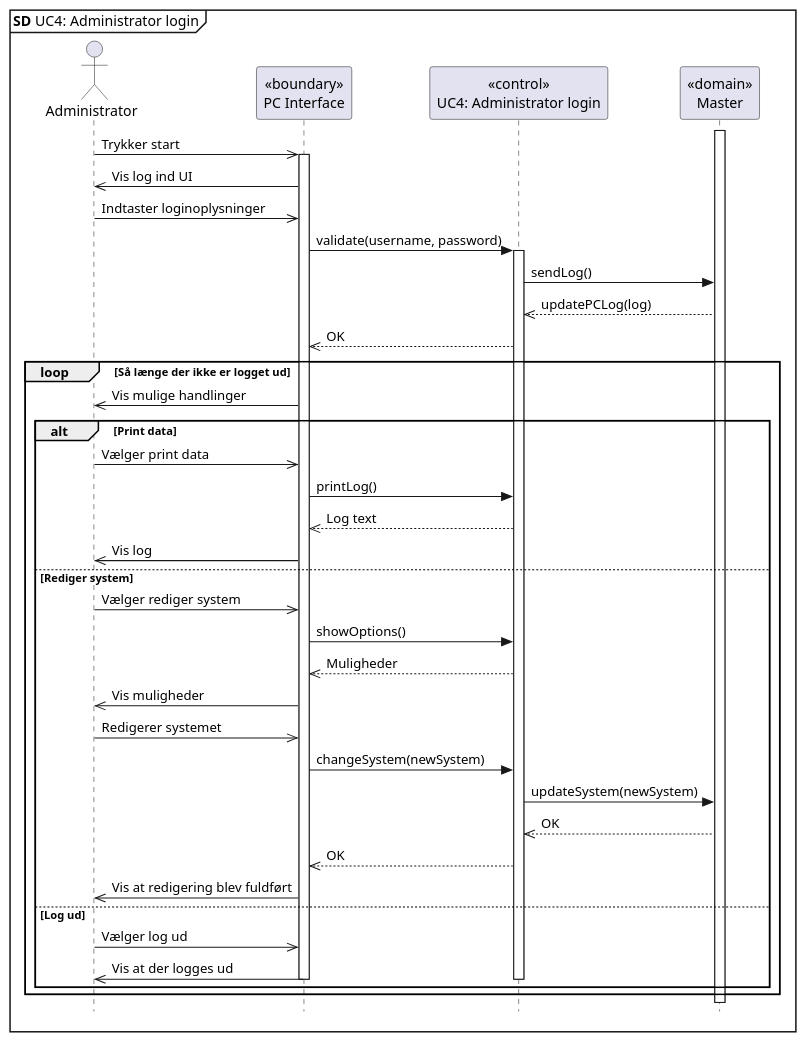
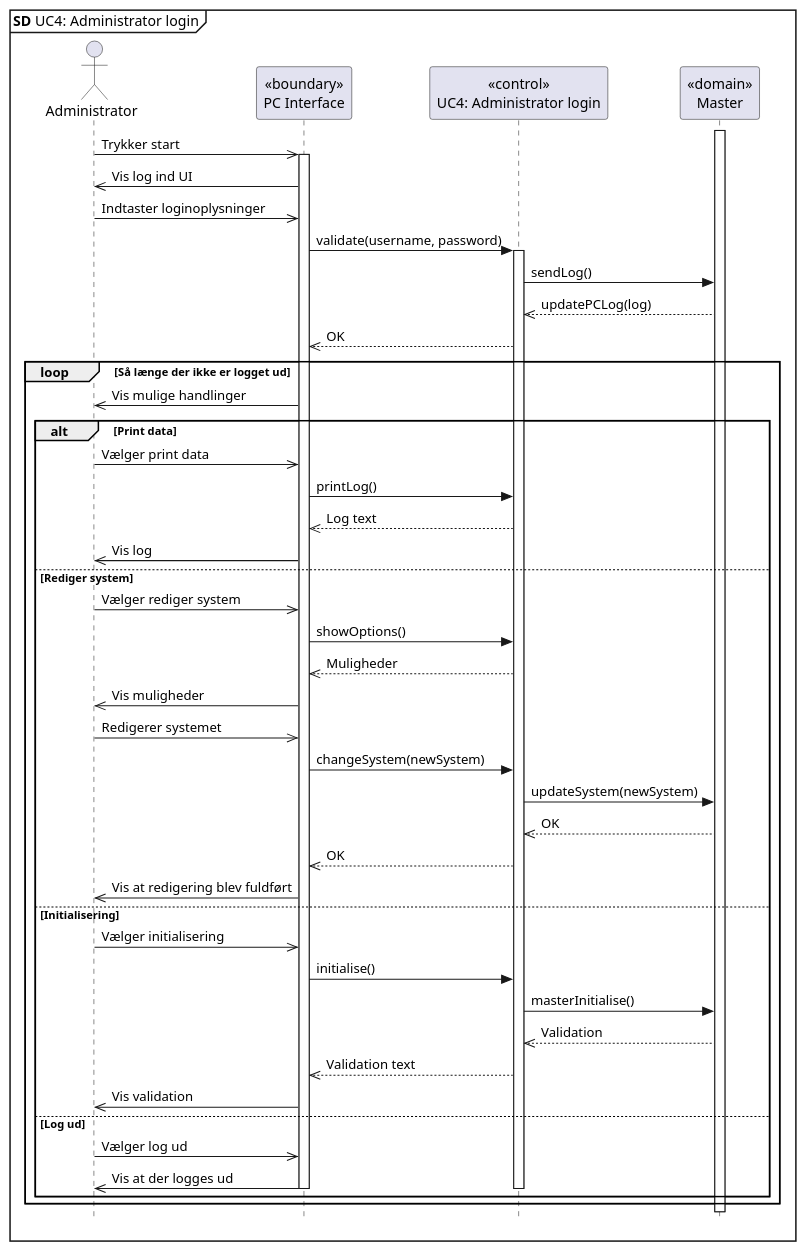
The diagram in SysML/UC4 AM/UC4 SD.puml (Tukkel/Projekt_2), drawn with PlantUML before and after one commit. The commit also changed 5 other files, not shown here.

```diff
--- a/SysML/UC4 AM/UC4 SD.puml
+++ b/SysML/UC4 AM/UC4 SD.puml
@@ -1,46 +1,53 @@
 @startuml UC4 SD
 skinparam style strictuml
 
 mainframe **SD** UC4: Administrator login
 
 actor       Administrator      as admin
 participant "<<boundary>>\nPC Interface" as UI
 participant "<<control>>\nUC4: Administrator login" as PC
 participant "<<domain>>\nMaster" as master
 
 activate master
 admin ->> UI : Trykker start
 activate UI
 admin <<- UI : Vis log ind UI
 admin ->> UI : Indtaster loginoplysninger
 UI -> PC : validate(username, password)
 activate PC
 PC -> master : sendLog()
 PC <<-- master : updatePCLog(log)
 UI <<-- PC : OK
 loop Så længe der ikke er logget ud
 admin <<- UI : Vis mulige handlinger
 alt Print data
 admin ->> UI : Vælger print data
 UI -> PC : printLog()
 UI <<-- PC : Log text
 admin <<- UI : Vis log
 else Rediger system
 admin ->> UI : Vælger rediger system
 UI -> PC : showOptions()
 UI <<-- PC : Muligheder
 admin <<- UI : Vis muligheder
 admin ->> UI : Redigerer systemet
 UI -> PC : changeSystem(newSystem)
 PC -> master : updateSystem(newSystem)
 PC <<-- master : OK
 UI <<-- PC : OK
 admin <<- UI : Vis at redigering blev fuldført
+else Initialisering
+admin ->> UI : Vælger initialisering
+UI -> PC : initialise()
+PC -> master : masterInitialise()
+PC <<-- master : Validation
+UI <<-- PC : Validation text
+admin <<- UI : Vis validation
 else Log ud
 admin ->> UI : Vælger log ud
 admin <<- UI : Vis at der logges ud
 deactivate PC
 deactivate UI
 end
 end
 @enduml
```
